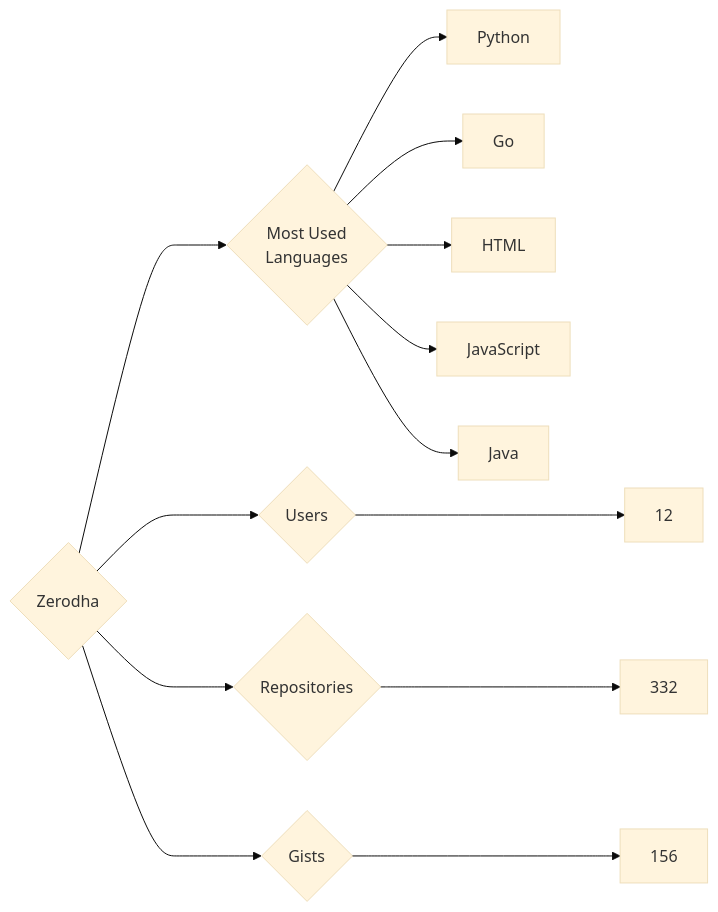
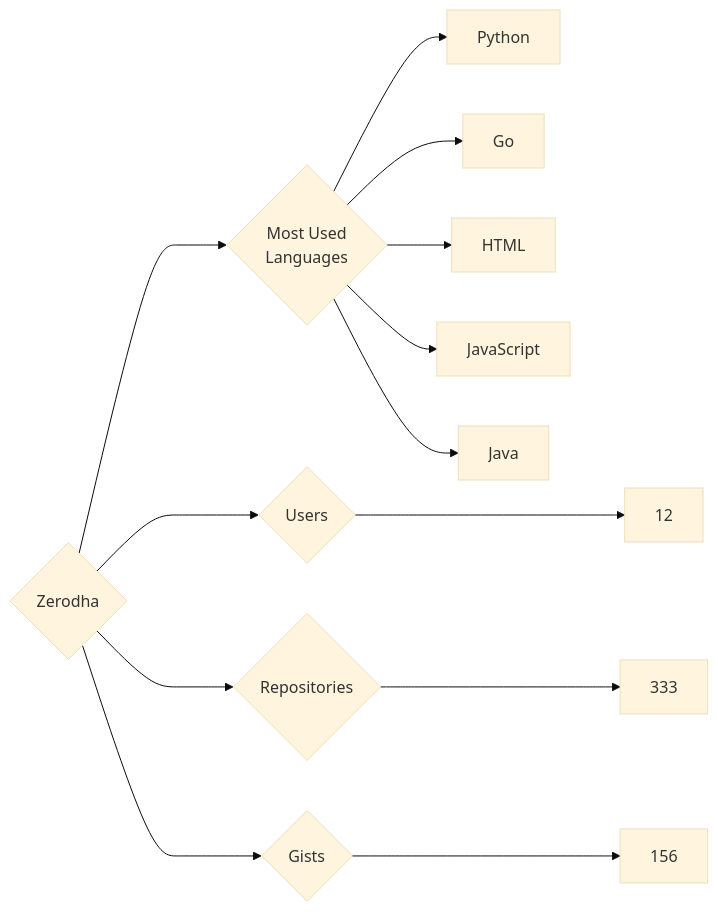
Before and after one commit to trickest/insiders: the diagram in targets/Zerodha/README.md, drawn with Mermaid (base theme). The commit also changed 973 other files, not shown here.

````diff
--- a/targets/Zerodha/README.md
+++ b/targets/Zerodha/README.md
@@ -3,13 +3,13 @@
 ```mermaid
 graph LR
 COMPANY_NAME{Zerodha}
 COMPANY_NAME ---> U{Users} ---> UN[12]
-COMPANY_NAME ---> R{Repositories} ---> RN[332]
+COMPANY_NAME ---> R{Repositories} ---> RN[333]
 COMPANY_NAME ---> G{Gists} ---> GN[156]
 COMPANY_NAME ---> ML{Most Used<br>Languages}
 ML --> Python[Python]
 ML --> Go[Go]
 ML --> HTML[HTML]
 ML --> JavaScript[JavaScript]
 ML --> Java[Java]
 ```
````
